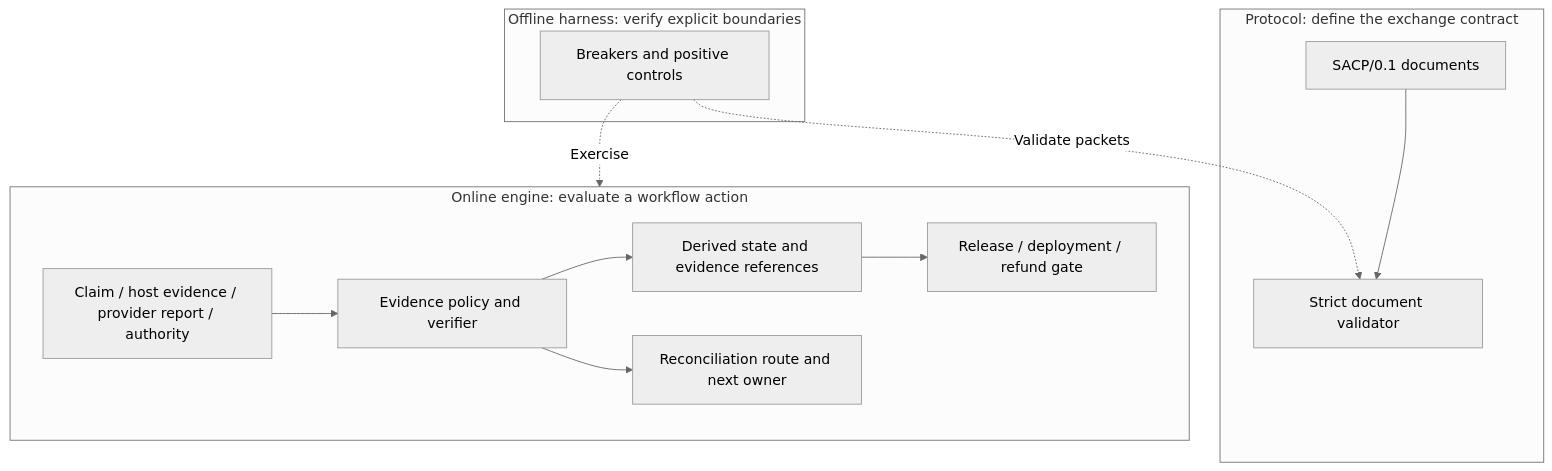
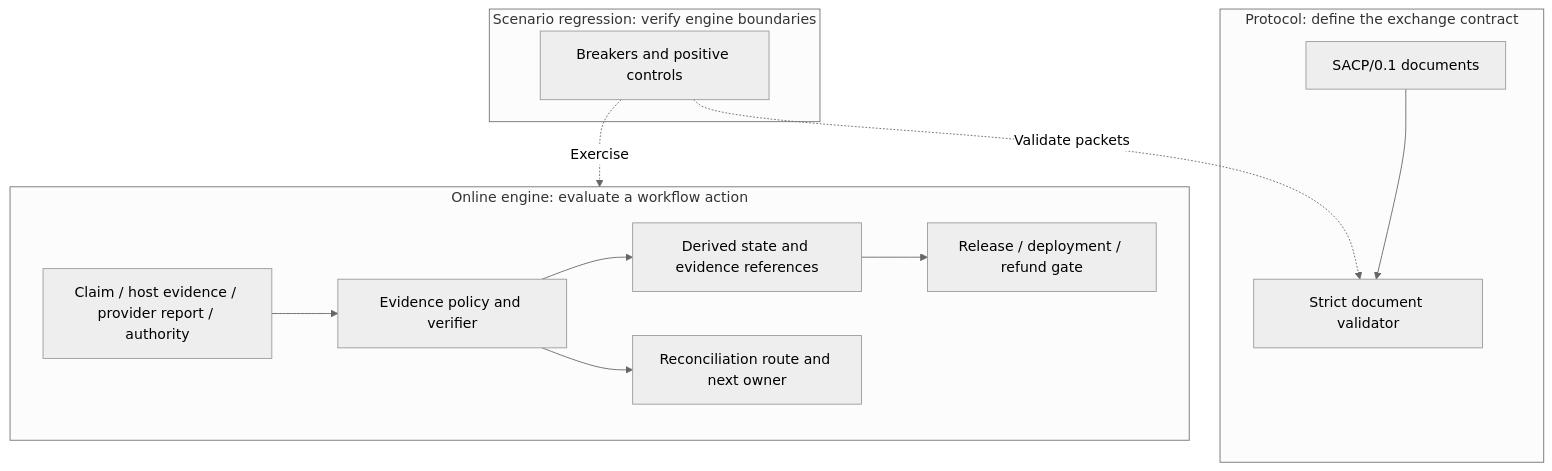
One commit to aDragon0707/sacp changed the diagram in README.md. Above: the diagram before and after it, drawn with Mermaid (neutral theme). The commit also changed other lines of this file and 8 other files, not shown here.

````diff
--- a/README.md
+++ b/README.md
@@ -81,17 +83,17 @@
 ```mermaid
 flowchart TB
     subgraph Protocol[Protocol: define the exchange contract]
         Spec[SACP/0.1 documents] --> Validator[Strict document validator]
     end
     subgraph Online[Online engine: evaluate a workflow action]
         Inputs[Claim / host evidence / provider report / authority] --> Verify[Evidence policy and verifier]
         Verify --> Verdict[Derived state and evidence references]
         Verdict --> Gate[Release / deployment / refund gate]
         Verify --> Recovery[Reconciliation route and next owner]
     end
-    subgraph Offline[Offline harness: verify explicit boundaries]
+    subgraph Offline[Scenario regression: verify engine boundaries]
         Cases[Breakers and positive controls]
     end
     Cases -. Exercise .-> Online
     Cases -. Validate packets .-> Validator
 ```
````
